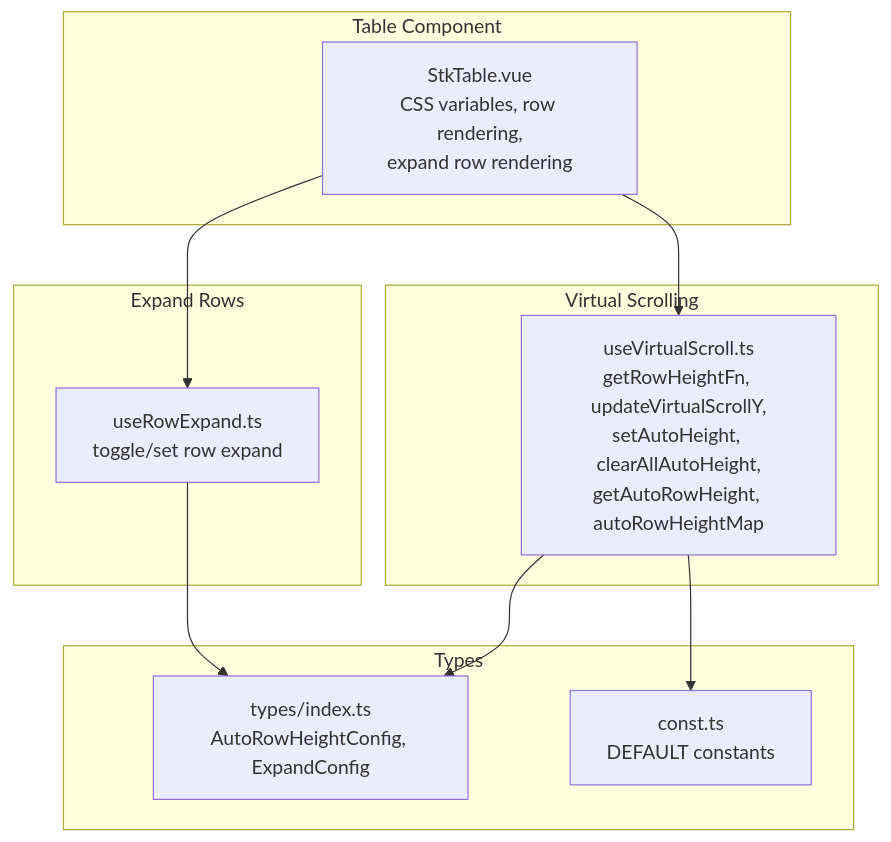
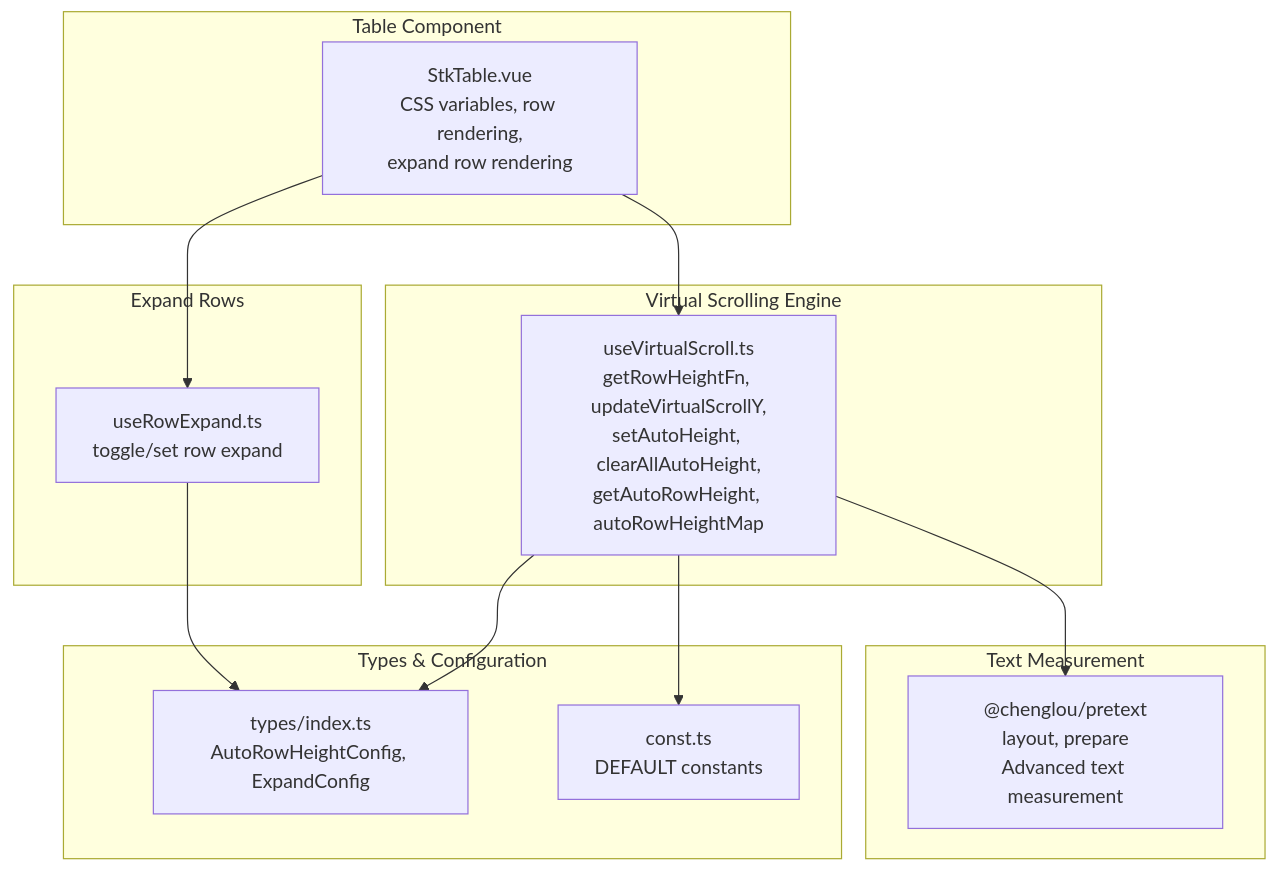
The first of 7 diagrams in .qoder/repowiki/en/content/Core Concepts/Virtual Scrolling/Auto Row Height Support.md (ja-plus/stk-table-vue), drawn with Mermaid before and after one commit. The commit also changed other lines of this file and 4 other files, not shown here.

````diff
--- a/.qoder/repowiki/en/content/Core Concepts/Virtual Scrolling/Auto Row Height Support.md
+++ b/.qoder/repowiki/en/content/Core Concepts/Virtual Scrolling/Auto Row Height Support.md
@@ -39,21 +49,25 @@
 ```mermaid
 graph TB
-subgraph "Virtual Scrolling"
+subgraph "Virtual Scrolling Engine"
 VS["useVirtualScroll.ts<br/>getRowHeightFn, updateVirtualScrollY,<br/>setAutoHeight, clearAllAutoHeight,<br/>getAutoRowHeight, autoRowHeightMap"]
 end
-subgraph "Types"
+subgraph "Types & Configuration"
 T["types/index.ts<br/>AutoRowHeightConfig, ExpandConfig"]
 C["const.ts<br/>DEFAULT constants"]
 end
 subgraph "Table Component"
 S["StkTable.vue<br/>CSS variables, row rendering,<br/>expand row rendering"]
 end
 subgraph "Expand Rows"
 ER["useRowExpand.ts<br/>toggle/set row expand"]
 end
+subgraph "Text Measurement"
+PT["@chenglou/pretext<br/>layout, prepare<br/>Advanced text measurement"]
+end
 VS --> T
 VS --> C
 S --> VS
 S --> ER
 ER --> T
+VS --> PT
 ```
````
